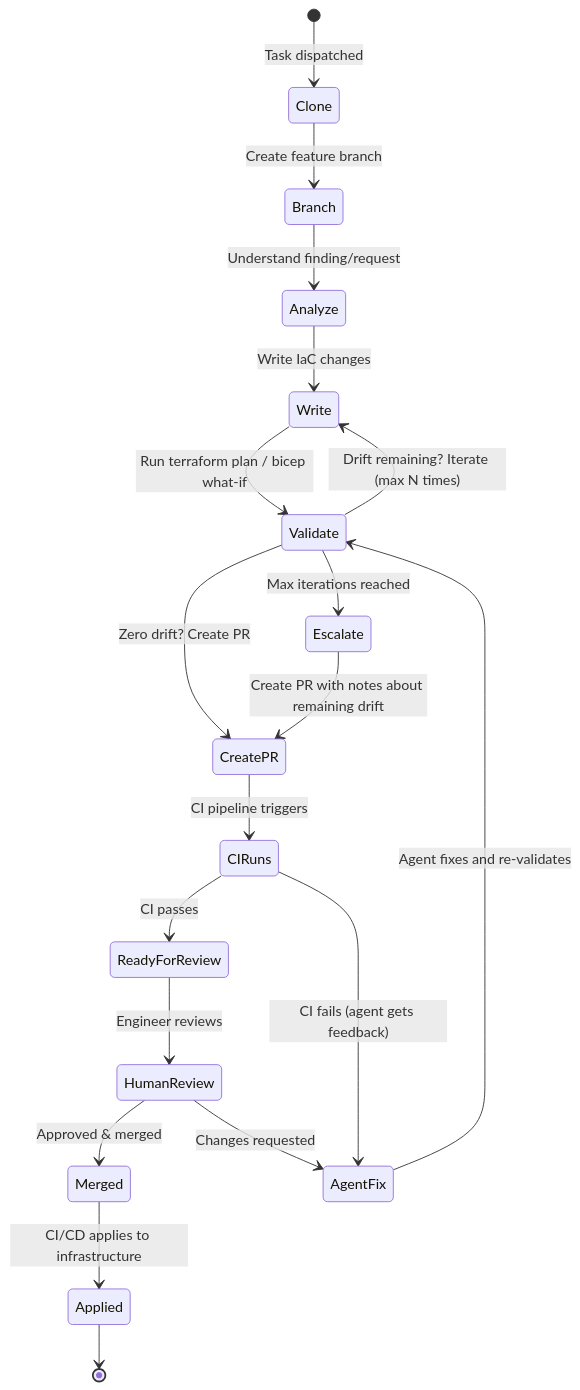
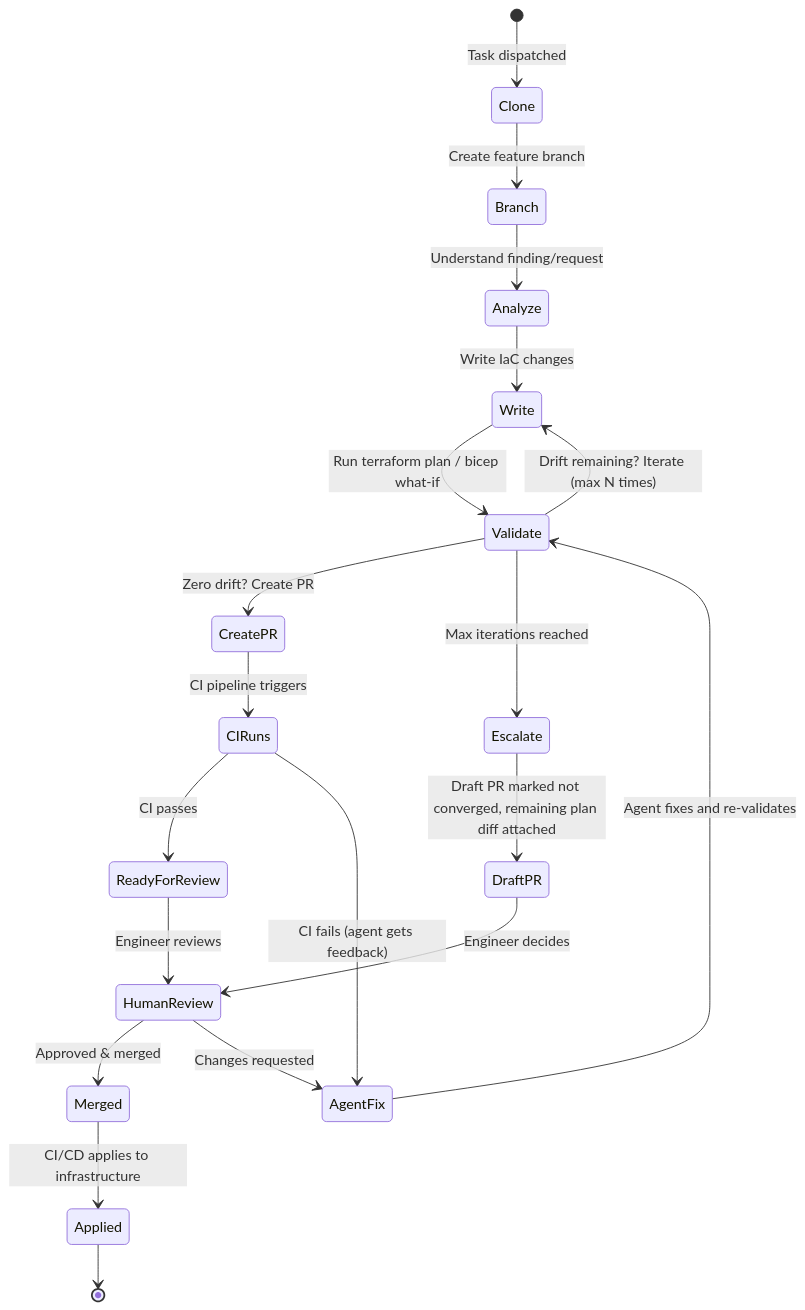
One commit to Cloudgeni-ai/infrastructure-agents-guide changed the diagram in 07-change-control.md. Above: the diagram before and after it, drawn with Mermaid. The commit also changed other lines of this file and 13 other files, not shown here.

````diff
--- a/07-change-control.md
+++ b/07-change-control.md
@@ -34,24 +34,25 @@
 ```mermaid
 stateDiagram-v2
     [*] --> Clone: Task dispatched
     Clone --> Branch: Create feature branch
     Branch --> Analyze: Understand finding/request
     Analyze --> Write: Write IaC changes
     Write --> Validate: Run terraform plan / bicep what-if
 
     Validate --> Write: Drift remaining? Iterate (max N times)
     Validate --> CreatePR: Zero drift? Create PR
     Validate --> Escalate: Max iterations reached
 
     CreatePR --> CIRuns: CI pipeline triggers
     CIRuns --> ReadyForReview: CI passes
     CIRuns --> AgentFix: CI fails (agent gets feedback)
     AgentFix --> Validate: Agent fixes and re-validates
 
-    Escalate --> CreatePR: Create PR with notes about remaining drift
+    Escalate --> DraftPR: Draft PR marked not converged, remaining plan diff attached
+    DraftPR --> HumanReview: Engineer decides
     ReadyForReview --> HumanReview: Engineer reviews
     HumanReview --> Merged: Approved & merged
     HumanReview --> AgentFix: Changes requested
     Merged --> Applied: CI/CD applies to infrastructure
     Applied --> [*]
 ```
````
